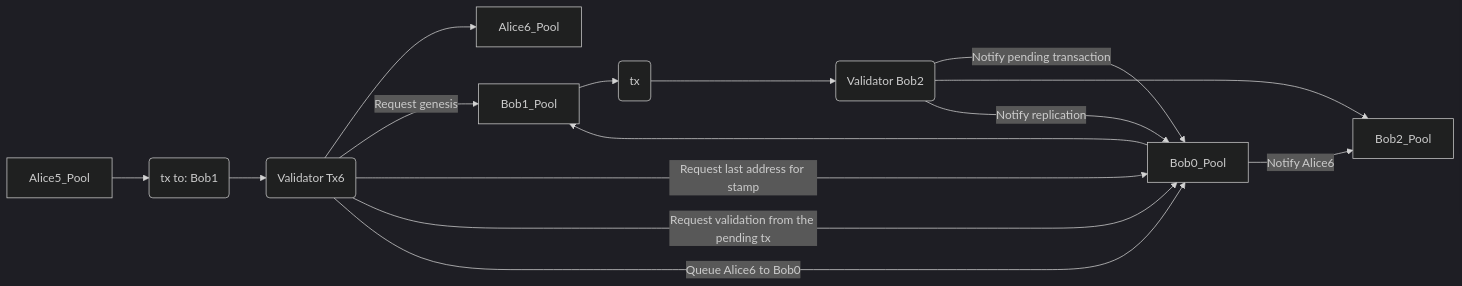
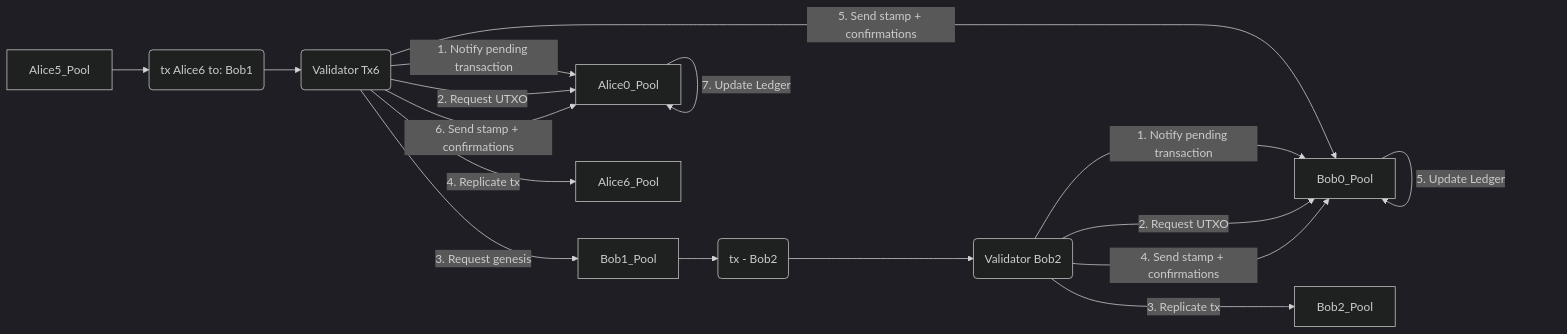
Before and after one commit to archethic-foundation/aeip: the diagram in AEIP-21.md, drawn with Mermaid (dark theme). The commit also changed other lines of this file, not shown here.

````diff
--- a/AEIP-21.md
+++ b/AEIP-21.md
@@ -61,17 +85,20 @@
 ```mermaid
 graph LR
-  Alice5_Pool --> TxAlice(tx to: Bob1)
+  Alice5_Pool --> TxAlice(tx Alice6 to: Bob1)
 	TxAlice --> ValidatorTx6(Validator Tx6)
-	ValidatorTx6 --> Alice6_Pool
-  ValidatorTx6 --> | Request genesis | Bob1_Pool
-  ValidatorTx6 -->| Request last address for stamp| Bob0_Pool
-  ValidatorTx6 -->| Request validation from the pending tx | Bob0_Pool
-  ValidatorTx6 -->| Queue Alice6 to Bob0| Bob0_Pool
-	Bob0_Pool ---> Bob1_Pool
-  Bob1_Pool --> TxBob(tx)
+  ValidatorTx6 --> | 1. Notify pending transaction | Alice0_Pool
+  ValidatorTx6 --> | 2. Request UTXO | Alice0_Pool
+  ValidatorTx6 --> | 3. Request genesis | Bob1_Pool
+	ValidatorTx6 --> | 4. Replicate tx | Alice6_Pool
+  ValidatorTx6 --> | 5. Send stamp + confirmations | Bob0_Pool
+  ValidatorTx6 --> | 6. Send stamp + confirmations | Alice0_Pool
+  Alice0_Pool --> | 7. Update Ledger |Alice0_Pool
+
+  Bob1_Pool --> TxBob(tx - Bob2)
   TxBob --> ValidatorTxBob(Validator Bob2)
-  ValidatorTxBob --->| Notify pending transaction | Bob0_Pool
-  ValidatorTxBob ---> Bob2_Pool
-  ValidatorTxBob --->|Notify replication| Bob0_Pool
-  Bob0_Pool -->| Notify Alice6 | Bob2_Pool
+  ValidatorTxBob --> | 1. Notify pending transaction | Bob0_Pool
+  ValidatorTxBob --> | 2. Request UTXO | Bob0_Pool
+  ValidatorTxBob ---> | 3. Replicate tx | Bob2_Pool
+  ValidatorTxBob ---> | 4. Send stamp + confirmations | Bob0_Pool
+  Bob0_Pool --> | 5. Update Ledger |Bob0_Pool
 ```
````
